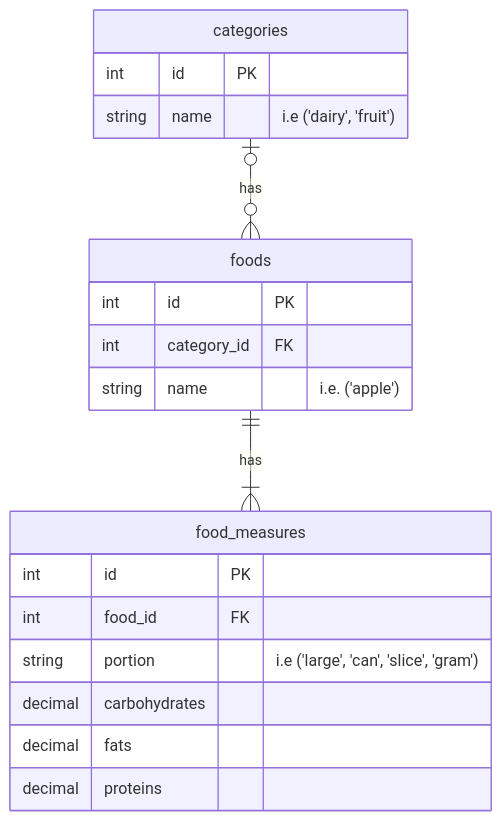
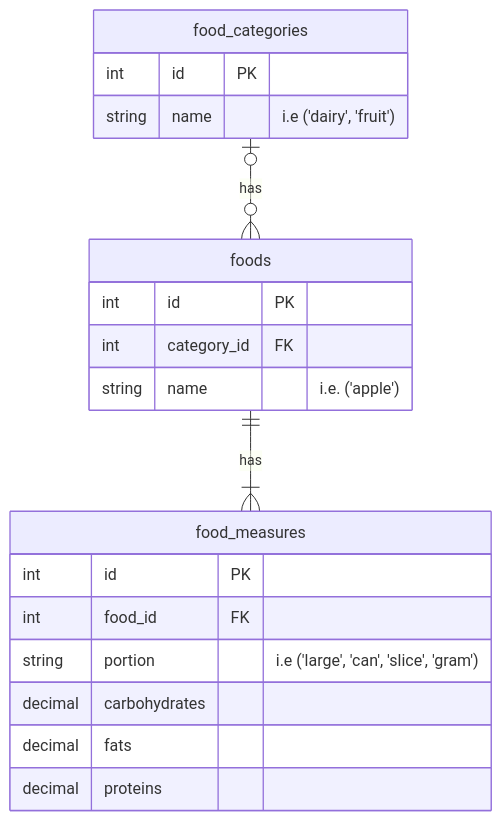
One commit to axelrizo/my_diet changed the first of 3 diagrams in docs/introduction/Introduction.md. Above: the diagram before and after it, drawn with Mermaid. The commit also changed 1 other file, not shown here.

Commit message:
fix(food): update food_category field to allow nil values

````diff
--- a/docs/introduction/Introduction.md
+++ b/docs/introduction/Introduction.md
@@ -11,22 +11,22 @@
 ```mermaid
 erDiagram
-  categories |o--o{ foods : has
+  food_categories |o--o{ foods : has
   foods ||--|{ food_measures : has
-  categories{
+  food_categories{
     int id PK
     string name "i.e ('dairy', 'fruit')"
   }
   foods{
     int id PK
     int category_id FK
     string name "i.e. ('apple')"
   }
   food_measures{
     int id PK
     int food_id FK
     string portion "i.e ('large', 'can', 'slice', 'gram')"
     decimal carbohydrates
     decimal fats
     decimal proteins
   }
 ```
````
